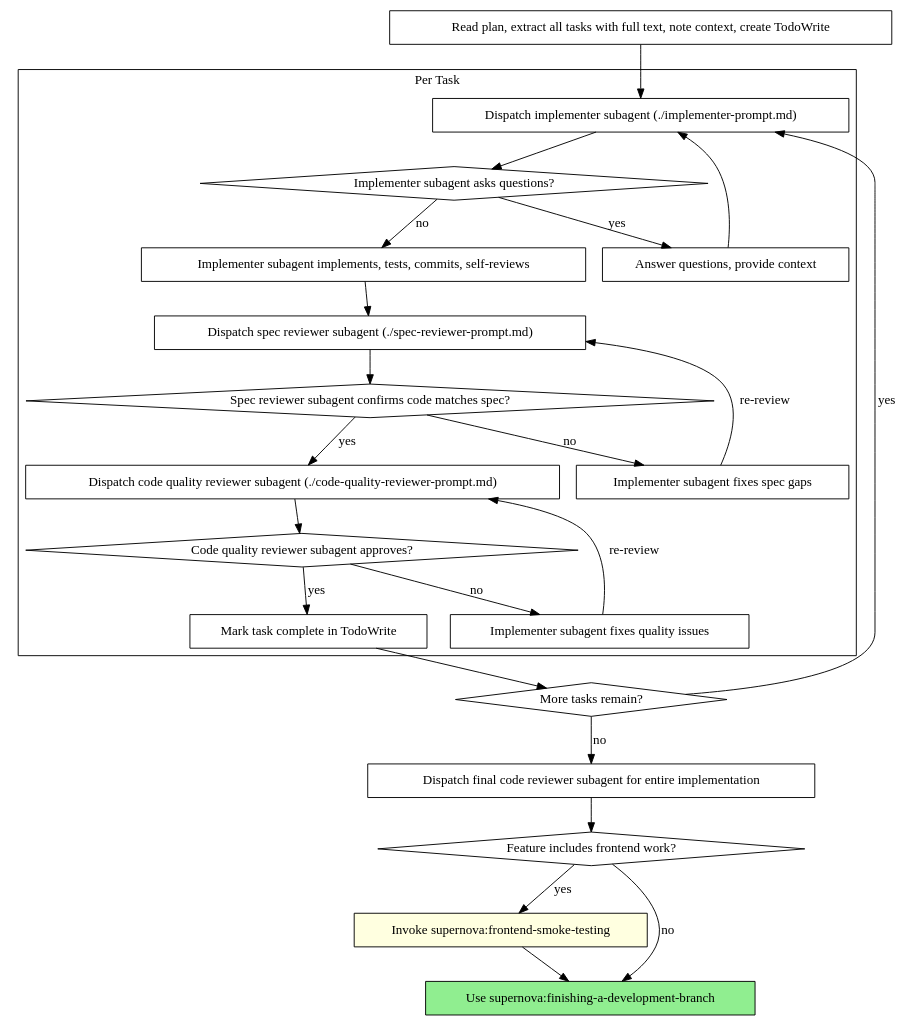
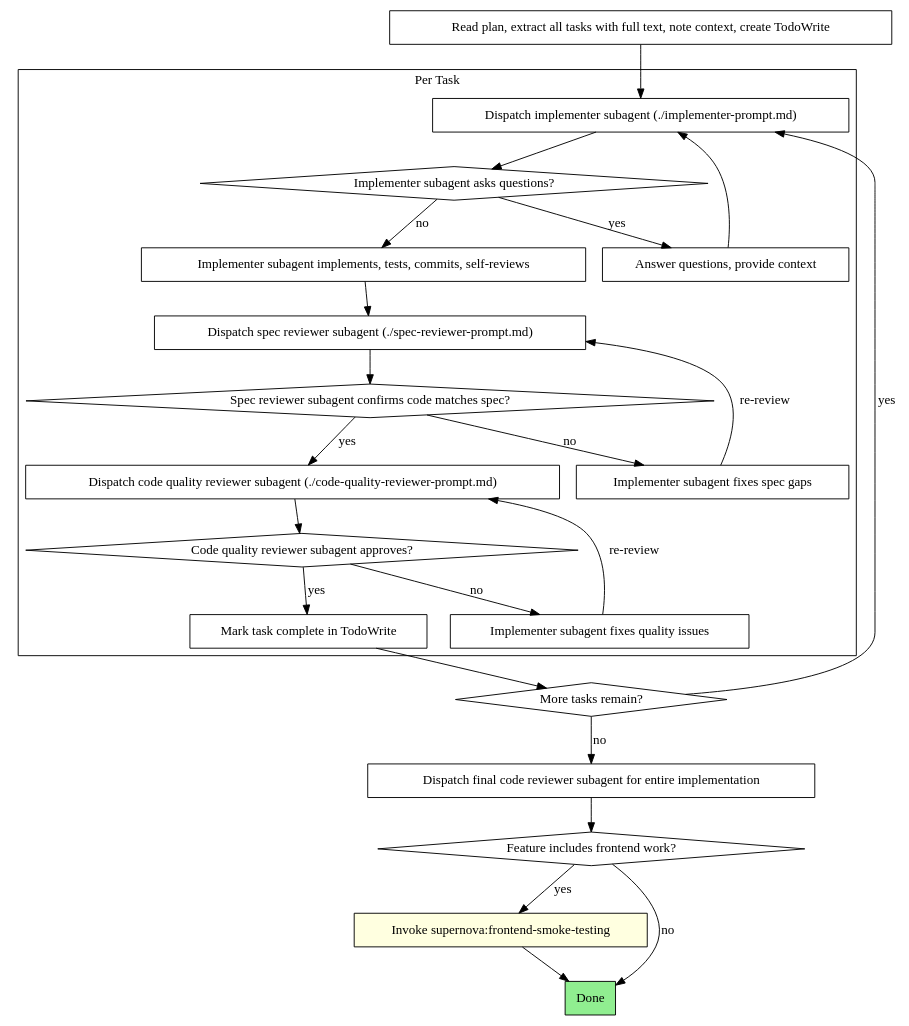
The second of 2 diagrams in skills/subagent-driven-development/SKILL.md (erict-dev/supernova), drawn with Graphviz before and after one commit. The commit also changed other lines of this file and 4 other files, not shown here.

First line of the commit message:
remove finishing-a-development-branch skill

````diff
--- a/skills/subagent-driven-development/SKILL.md
+++ b/skills/subagent-driven-development/SKILL.md
@@ -32,49 +32,49 @@
 ```dot
 digraph process {
     rankdir=TB;
 
     subgraph cluster_per_task {
         label="Per Task";
         "Dispatch implementer subagent (./implementer-prompt.md)" [shape=box];
         "Implementer subagent asks questions?" [shape=diamond];
         "Answer questions, provide context" [shape=box];
         "Implementer subagent implements, tests, commits, self-reviews" [shape=box];
         "Dispatch spec reviewer subagent (./spec-reviewer-prompt.md)" [shape=box];
         "Spec reviewer subagent confirms code matches spec?" [shape=diamond];
         "Implementer subagent fixes spec gaps" [shape=box];
         "Dispatch code quality reviewer subagent (./code-quality-reviewer-prompt.md)" [shape=box];
         "Code quality reviewer subagent approves?" [shape=diamond];
         "Implementer subagent fixes quality issues" [shape=box];
         "Mark task complete in TodoWrite" [shape=box];
     }
 
     "Read plan, extract all tasks with full text, note context, create TodoWrite" [shape=box];
     "More tasks remain?" [shape=diamond];
     "Dispatch final code reviewer subagent for entire implementation" [shape=box];
     "Feature includes frontend work?" [shape=diamond];
     "Invoke supernova:frontend-smoke-testing" [shape=box style=filled fillcolor=lightyellow];
-    "Use supernova:finishing-a-development-branch" [shape=box style=filled fillcolor=lightgreen];
+    "Done" [shape=box style=filled fillcolor=lightgreen];
 
     "Read plan, extract all tasks with full text, note context, create TodoWrite" -> "Dispatch implementer subagent (./implementer-prompt.md)";
     "Dispatch implementer subagent (./implementer-prompt.md)" -> "Implementer subagent asks questions?";
     "Implementer subagent asks questions?" -> "Answer questions, provide context" [label="yes"];
     "Answer questions, provide context" -> "Dispatch implementer subagent (./implementer-prompt.md)";
     "Implementer subagent asks questions?" -> "Implementer subagent implements, tests, commits, self-reviews" [label="no"];
     "Implementer subagent implements, tests, commits, self-reviews" -> "Dispatch spec reviewer subagent (./spec-reviewer-prompt.md)";
     "Dispatch spec reviewer subagent (./spec-reviewer-prompt.md)" -> "Spec reviewer subagent confirms code matches spec?";
     "Spec reviewer subagent confirms code matches spec?" -> "Implementer subagent fixes spec gaps" [label="no"];
     "Implementer subagent fixes spec gaps" -> "Dispatch spec reviewer subagent (./spec-reviewer-prompt.md)" [label="re-review"];
     "Spec reviewer subagent confirms code matches spec?" -> "Dispatch code quality reviewer subagent (./code-quality-reviewer-prompt.md)" [label="yes"];
     "Dispatch code quality reviewer subagent (./code-quality-reviewer-prompt.md)" -> "Code quality reviewer subagent approves?";
     "Code quality reviewer subagent approves?" -> "Implementer subagent fixes quality issues" [label="no"];
     "Implementer subagent fixes quality issues" -> "Dispatch code quality reviewer subagent (./code-quality-reviewer-prompt.md)" [label="re-review"];
     "Code quality reviewer subagent approves?" -> "Mark task complete in TodoWrite" [label="yes"];
     "Mark task complete in TodoWrite" -> "More tasks remain?";
     "More tasks remain?" -> "Dispatch implementer subagent (./implementer-prompt.md)" [label="yes"];
     "More tasks remain?" -> "Dispatch final code reviewer subagent for entire implementation" [label="no"];
     "Dispatch final code reviewer subagent for entire implementation" -> "Feature includes frontend work?";
     "Feature includes frontend work?" -> "Invoke supernova:frontend-smoke-testing" [label="yes"];
-    "Feature includes frontend work?" -> "Use supernova:finishing-a-development-branch" [label="no"];
-    "Invoke supernova:frontend-smoke-testing" -> "Use supernova:finishing-a-development-branch";
+    "Feature includes frontend work?" -> "Done" [label="no"];
+    "Invoke supernova:frontend-smoke-testing" -> "Done";
 }
 ```
````
